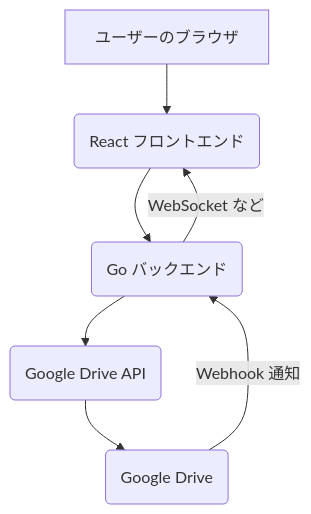
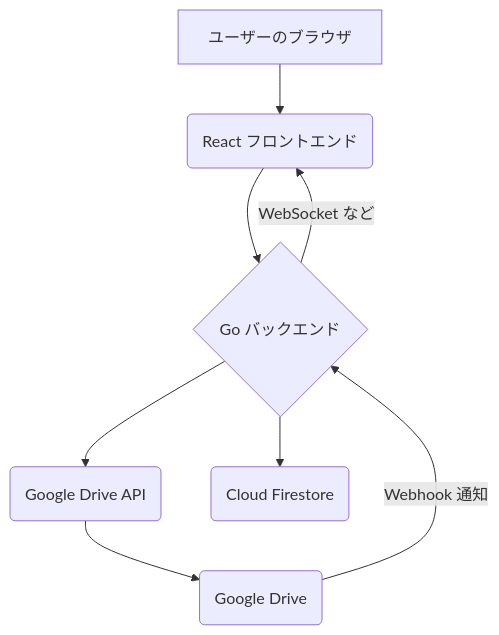
Before and after one commit to NaoyaTAKIMOTO/drive-gallery: the diagram in README.md, drawn with Mermaid. The commit also changed other lines of this file and 16 other files, not shown here.

````diff
--- a/README.md
+++ b/README.md
@@ -21,9 +22,10 @@
 ```mermaid
 graph TD
     A[ユーザーのブラウザ] --> B(React フロントエンド);
-    B --> C(Go バックエンド);
+    B --> C{Go バックエンド};
     C --> D(Google Drive API);
     D --> E(Google Drive);
     E -- Webhook 通知 --> C;
     C -- WebSocket など --> B;
+    C --> F(Cloud Firestore);
 ```
````
